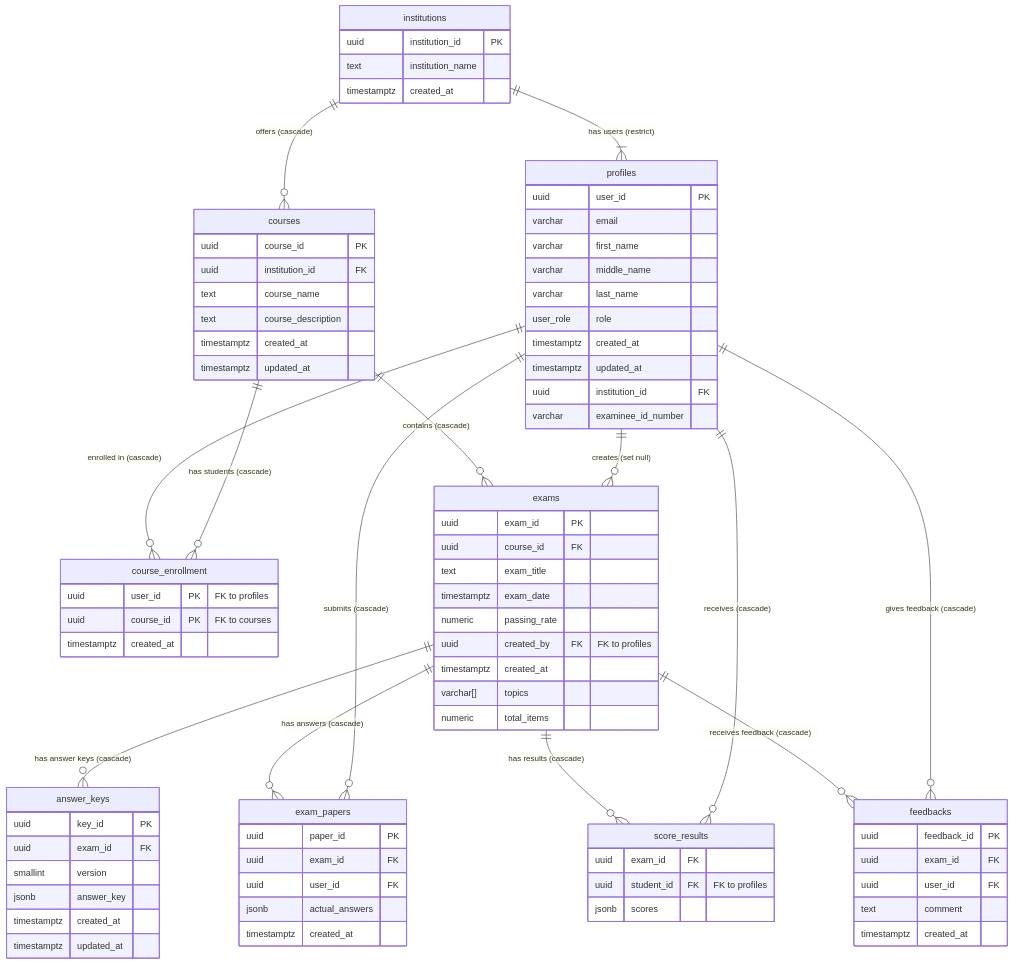
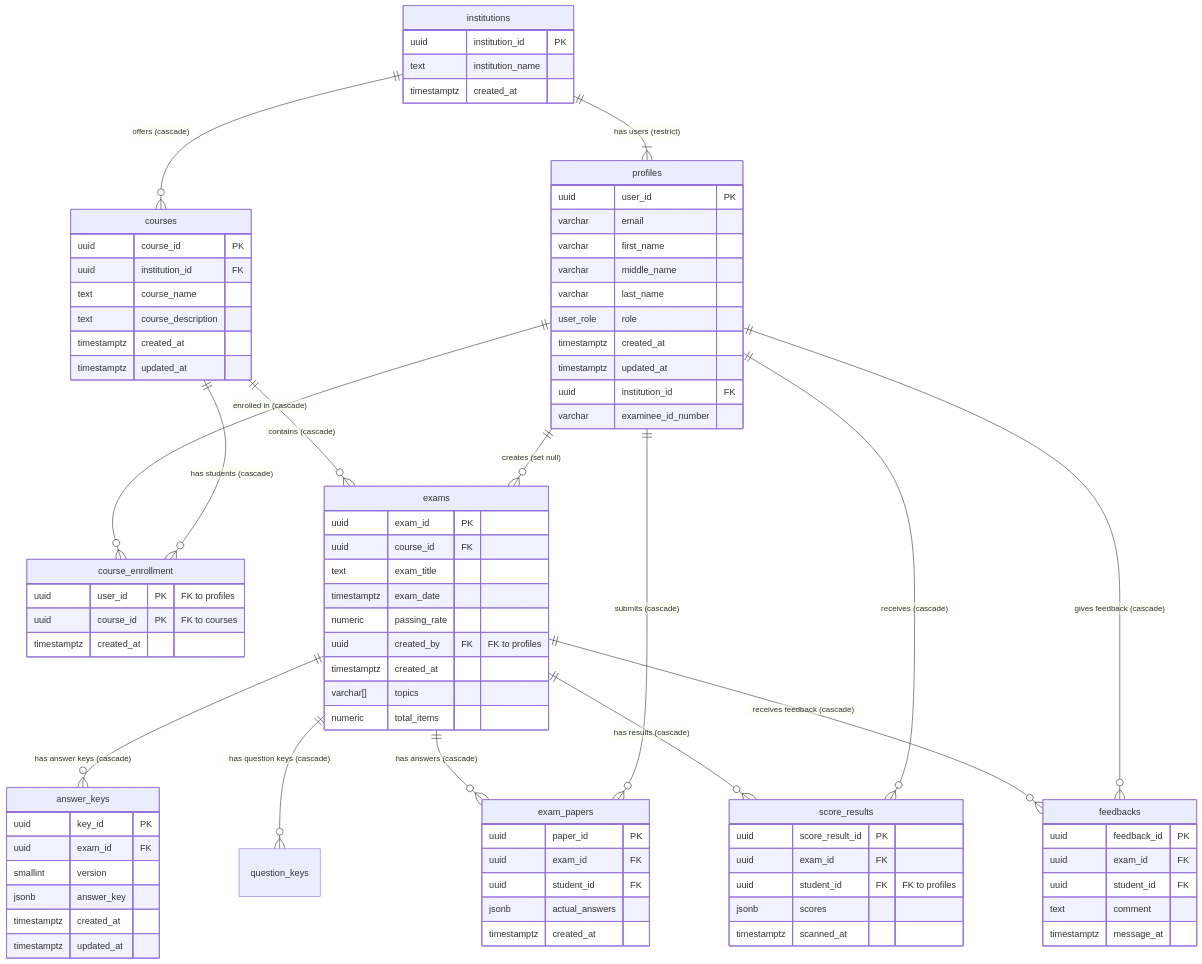
Before and after one commit to ja-varron/wild-rift: the diagram in src/lib/supabase/schema/SCHEMA.md, drawn with Mermaid.

Commit message:
docs(schema): add question_keys and feedbacks relationships to ER diagram

````diff
--- a/src/lib/supabase/schema/SCHEMA.md
+++ b/src/lib/supabase/schema/SCHEMA.md
@@ -11,6 +11,7 @@
     courses ||--o{ exams : "contains (cascade)"
     profiles ||--o{ exams : "creates (set null)"
     exams ||--o{ answer_keys : "has answer keys (cascade)"
+    exams ||--o{ question_keys : "has question keys (cascade)"
     exams ||--o{ exam_papers : "has answers (cascade)"
     profiles ||--o{ exam_papers : "submits (cascade)"
     exams ||--o{ score_results : "has results (cascade)"
@@ -76,22 +77,24 @@
     exam_papers {
         uuid paper_id PK
         uuid exam_id FK
-        uuid user_id FK
+        uuid student_id FK
         jsonb actual_answers
         timestamptz created_at
     }
 
     score_results {
+        uuid score_result_id PK
         uuid exam_id FK
         uuid student_id FK "FK to profiles"
         jsonb scores
+        timestamptz scanned_at
     }
 
     feedbacks {
         uuid feedback_id PK
         uuid exam_id FK
-        uuid user_id FK
+        uuid student_id FK
         text comment
-        timestamptz created_at
+        timestamptz message_at
     }
 ```
````
